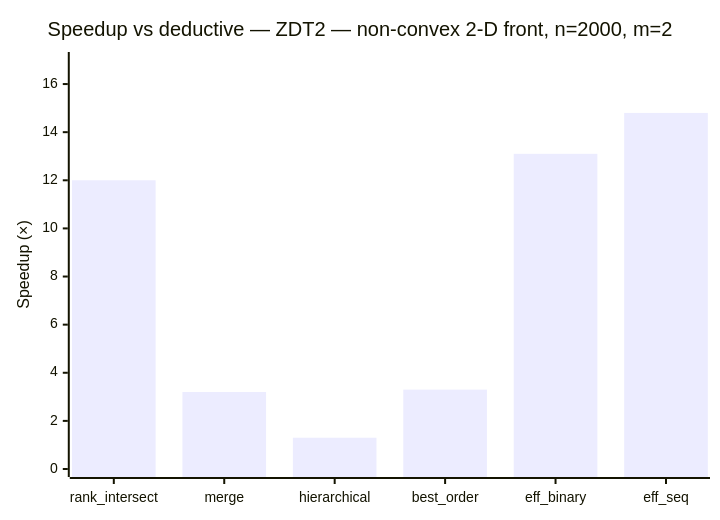
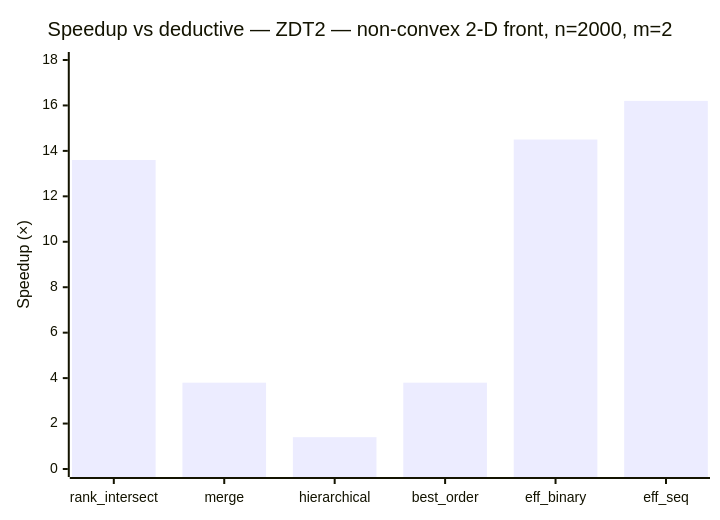
One commit to foolnotion/ndsort changed the eighth of 8 diagrams in BENCHMARKS.md. Above: the diagram before and after it, drawn with Mermaid. The commit also changed other lines of this file and 13 other files, not shown here.

````diff
--- a/BENCHMARKS.md
+++ b/BENCHMARKS.md
@@ -206,7 +206,7 @@
 ```mermaid
 xychart-beta
     title "Speedup vs deductive — ZDT2 — non-convex 2-D front, n=2000, m=2"
     x-axis ["rank_intersect", "merge", "hierarchical", "best_order", "eff_binary", "eff_seq"]
-    y-axis "Speedup (×)" 0 --> 17
-    bar [12.0, 3.2, 1.3, 3.3, 13.1, 14.8]
+    y-axis "Speedup (×)" 0 --> 18
+    bar [13.6, 3.8, 1.4, 3.8, 14.5, 16.2]
 ```
````
